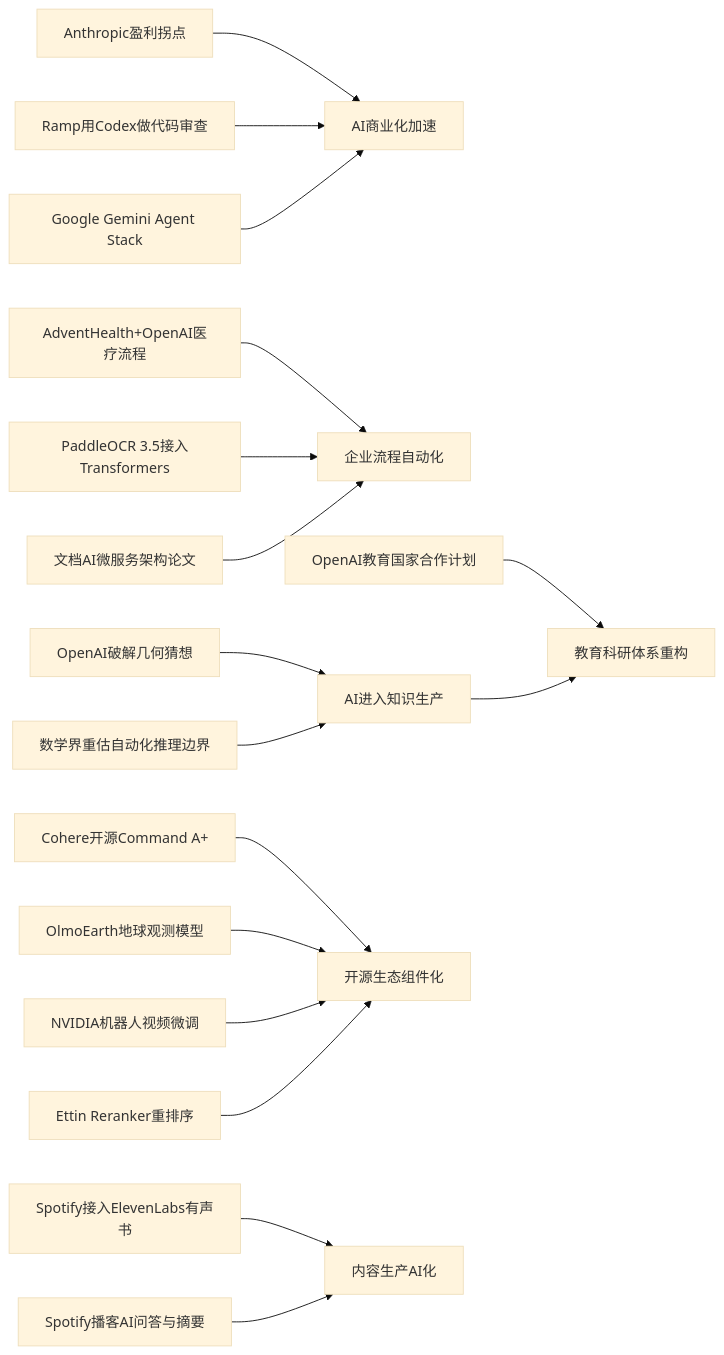
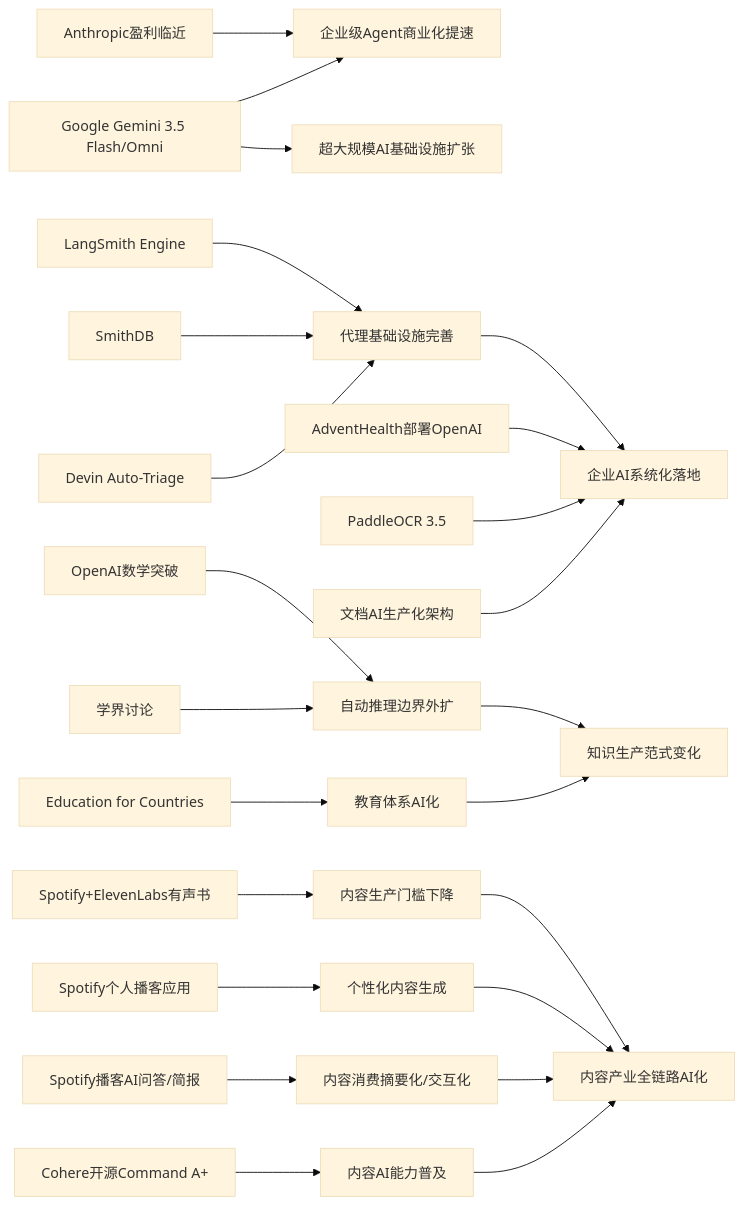
Before and after one commit to zhuxinfei/ai-daily-site: the diagram in content/cn/2026/2026-05/2026-05-21.md, drawn with Mermaid (base theme). The commit also changed other lines of this file, not shown here.

````diff
--- a/content/cn/2026/2026-05/2026-05-21.md
+++ b/content/cn/2026/2026-05/2026-05-21.md
@@ -110,23 +110,37 @@
 ```mermaid
 graph LR
-    A[Anthropic盈利拐点] --> B[AI商业化加速]
-    C[Ramp用Codex做代码审查] --> B
-    D[Google Gemini Agent Stack] --> B
+    A[Anthropic盈利临近] --> B[企业级Agent商业化提速]
+    C[Google Gemini 3.5 Flash/Omni] --> B
+    C --> D[超大规模AI基础设施扩张]
 
-    E[AdventHealth+OpenAI医疗流程] --> F[企业流程自动化]
-    G[PaddleOCR 3.5接入Transformers] --> F
-    H[文档AI微服务架构论文] --> F
+    E[LangSmith Engine]
+    F[SmithDB]
+    G[Devin Auto-Triage]
+    E --> H[代理基础设施完善]
+    F --> H
+    G --> H
 
-    I[OpenAI破解几何猜想] --> J[AI进入知识生产]
-    K[数学界重估自动化推理边界] --> J
-    L[OpenAI教育国家合作计划] --> M[教育科研体系重构]
-    J --> M
+    I[AdventHealth部署OpenAI]
+    J[PaddleOCR 3.5]
+    K[文档AI生产化架构]
+    H --> L[企业AI系统化落地]
+    I --> L
+    J --> L
+    K --> L
 
-    N[Cohere开源Command A+] --> O[开源生态组件化]
-    P[OlmoEarth地球观测模型] --> O
-    Q[NVIDIA机器人视频微调] --> O
-    R[Ettin Reranker重排序] --> O
+    M[OpenAI数学突破] --> N[自动推理边界外扩]
+    O[学界讨论] --> N
+    P[Education for Countries] --> Q[教育体系AI化]
+    N --> R[知识生产范式变化]
+    Q --> R
 
-    S[Spotify接入ElevenLabs有声书] --> T[内容生产AI化]
-    U[Spotify播客AI问答与摘要] --> T
+    S[Spotify+ElevenLabs有声书] --> T[内容生产门槛下降]
+    U[Spotify个人播客应用] --> V[个性化内容生成]
+    W[Spotify播客AI问答/简报] --> X[内容消费摘要化/交互化]
+    Y[Cohere开源Command A+] --> Z[内容AI能力普及]
+
+    T --> AA[内容产业全链路AI化]
+    V --> AA
+    X --> AA
+    Z --> AA
 ```
````
